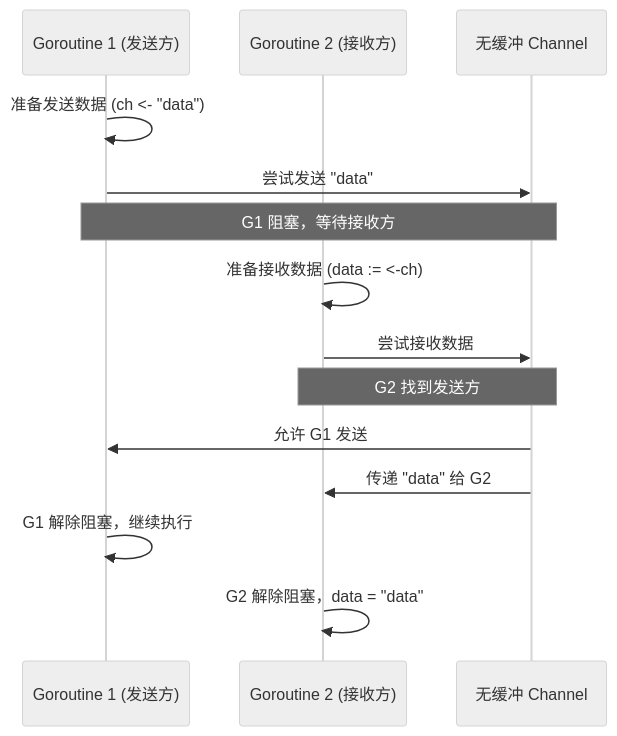
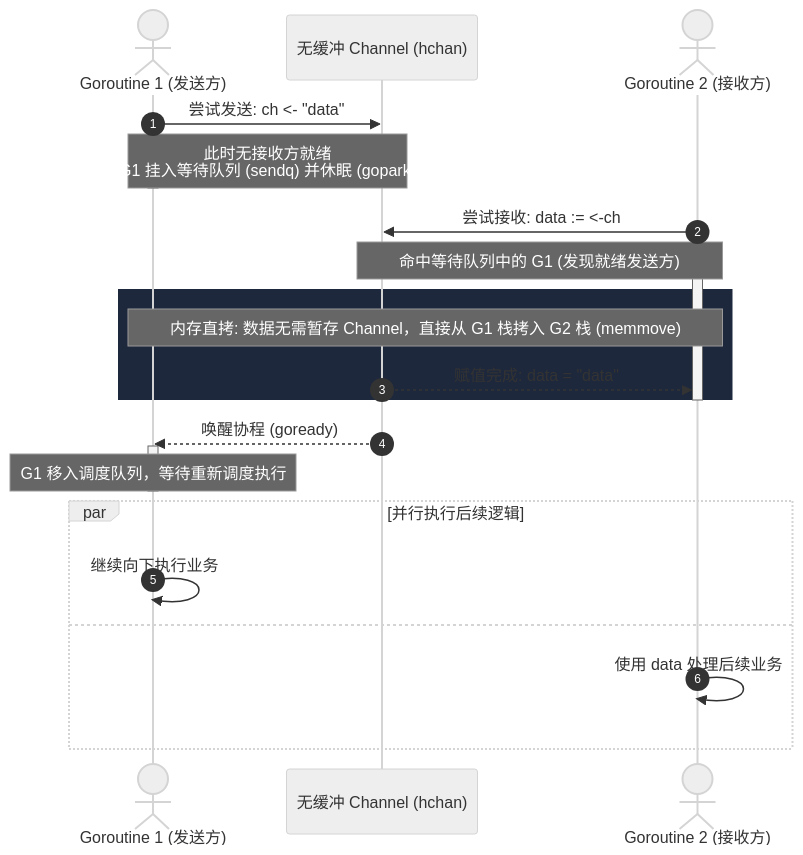
One commit to teatang/t-blog changed the first of 2 diagrams in source/_posts/2024/2024-08-07_Golang 缓冲Channel和无缓冲Channel的区别.md. Above: the diagram before and after it, drawn with Mermaid (neutral theme). The commit also changed other lines of this file and 7 other files, not shown here.

```diff
--- a/source/_posts/2024/2024-08-07_Golang 缓冲Channel和无缓冲Channel的区别.md
+++ b/source/_posts/2024/2024-08-07_Golang 缓冲Channel和无缓冲Channel的区别.md
@@ -70,17 +70,38 @@
 {% mermaid %}
+
 sequenceDiagram
-    participant G1 as Goroutine 1 (发送方)
-    participant G2 as Goroutine 2 (接收方)
-    participant Channel as 无缓冲 Channel
+    autonumber
+    actor G1 as Goroutine 1 (发送方)
+    participant Ch as 无缓冲 Channel (hchan)
+    actor G2 as Goroutine 2 (接收方)
 
-    G1->>G1: 准备发送数据 (ch <- "data")
-    G1->>Channel: 尝试发送 "data"
-    Note over G1,Channel: G1 阻塞，等待接收方
-    G2->>G2: 准备接收数据 (data := <-ch)
-    G2->>Channel: 尝试接收数据
-    Note over Channel,G2: G2 找到发送方
-    Channel->>G1: 允许 G1 发送
-    Channel->>G2: 传递 "data" 给 G2
-    G1->>G1: G1 解除阻塞，继续执行
-    G2->>G2: G2 解除阻塞，data = "data"
+    %% 发送阶段
+    G1->>Ch: 尝试发送: ch <- "data"
+    activate G1
+    Note over G1,Ch: 此时无接收方就绪<br/>G1 挂入等待队列 (sendq) 并休眠 (gopark)
+    deactivate G1
+
+    %% 接收阶段与直接交付
+    G2->>Ch: 尝试接收: data := <-ch
+    activate G2
+    Note over Ch,G2: 命中等待队列中的 G1 (发现就绪发送方)
+
+    rect rgb(30, 40, 60)
+        Note over G1,G2: 内存直拷: 数据无需暂存 Channel，直接从 G1 栈拷入 G2 栈 (memmove)
+        Ch-->>G2: 赋值完成: data = "data"
+    end
+    deactivate G2
+
+    %% 唤醒发送方
+    Ch-->>G1: 唤醒协程 (goready)
+    activate G1
+    Note over G1: G1 移入调度队列，等待重新调度执行
+    deactivate G1
+
+    %% 两者继续推进
+    par 并行执行后续逻辑
+        G1->>G1: 继续向下执行业务
+    and
+        G2->>G2: 使用 data 处理后续业务
+    end
 {% endmermaid %}
```
